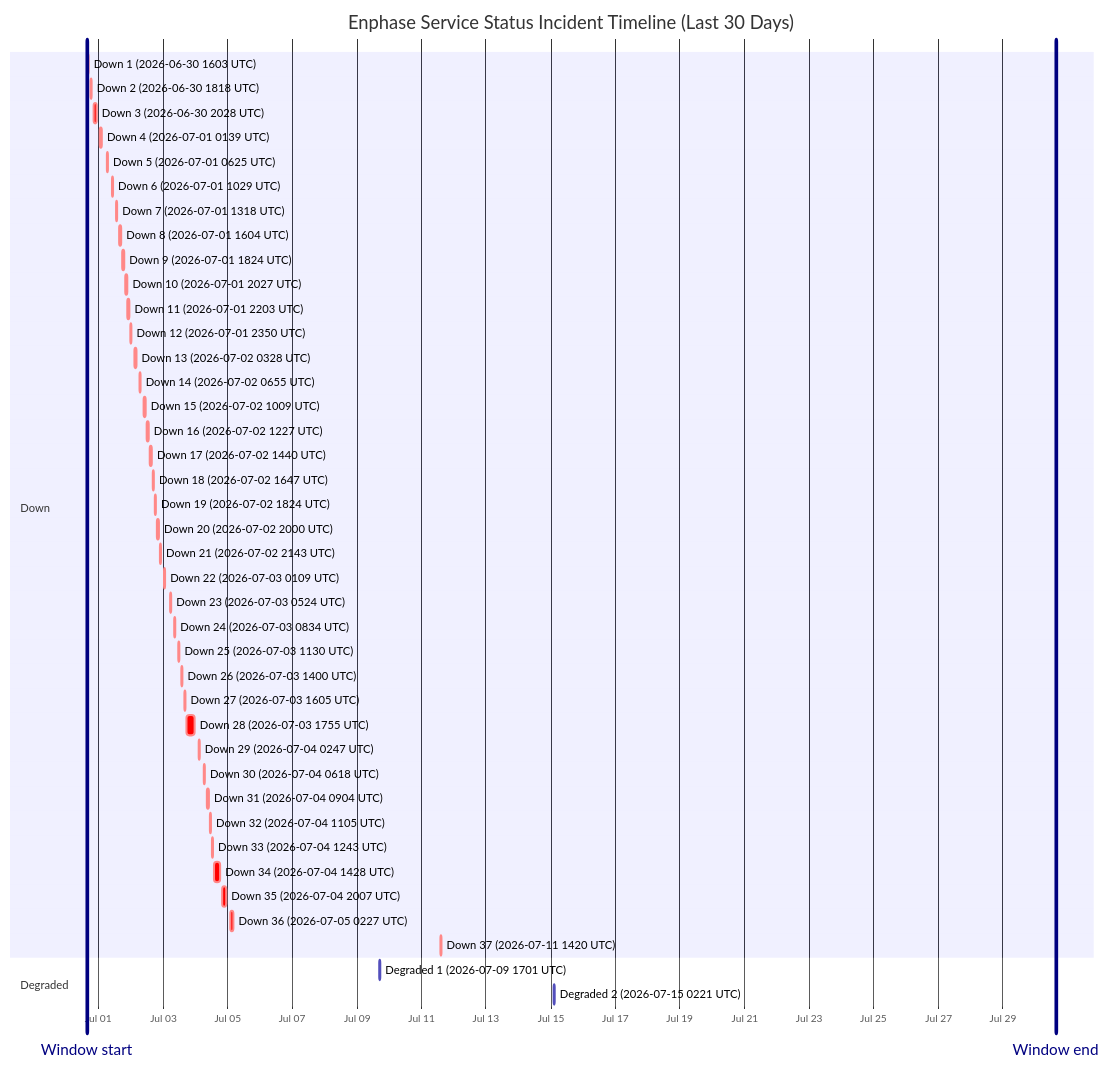
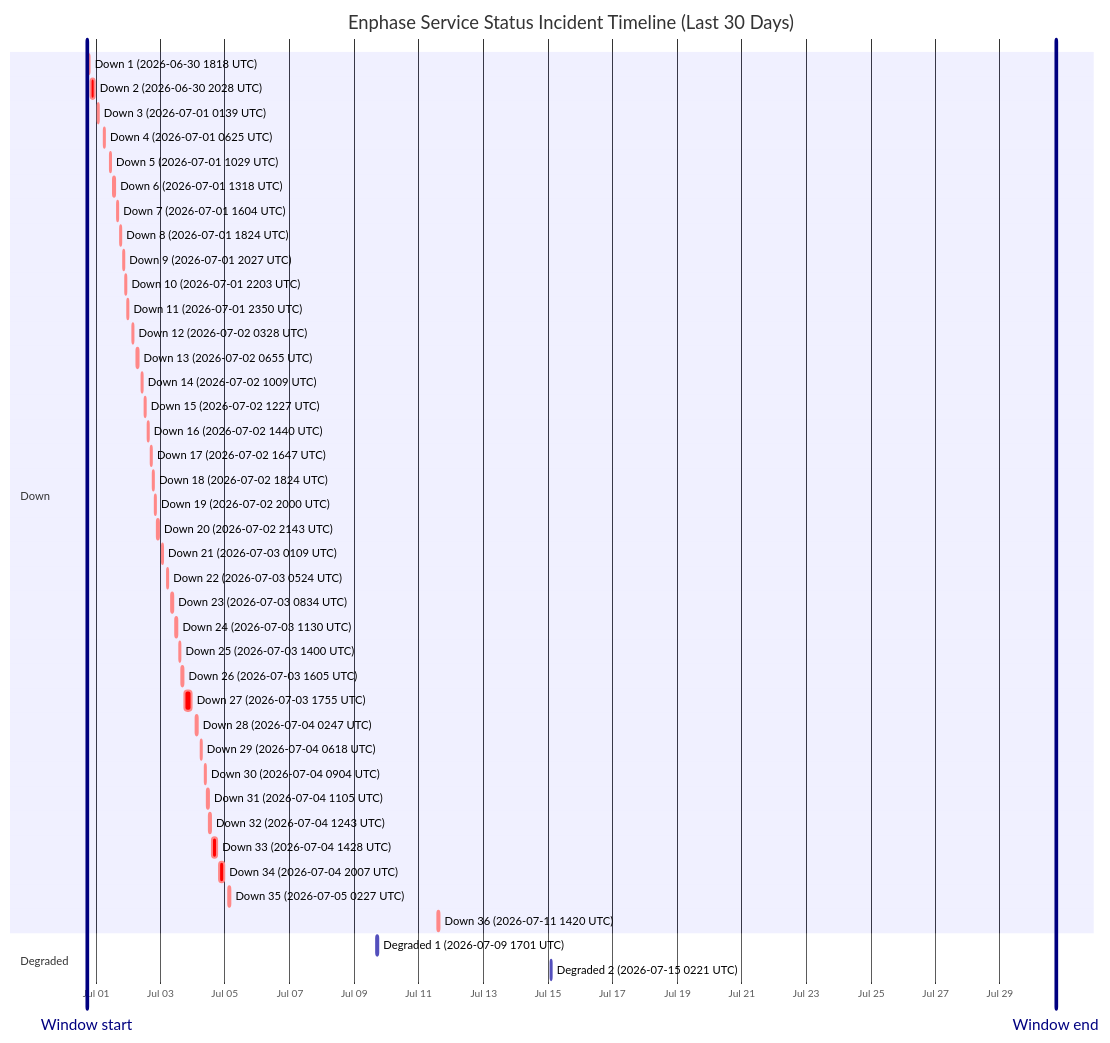
Before and after one commit to barneyonline/ha-enphase-energy: the diagram in wiki/Service-Status-History.md, drawn with Mermaid. The commit also changed other lines of this file and 3 other files, not shown here.

````diff
--- a/wiki/Service-Status-History.md
+++ b/wiki/Service-Status-History.md
@@ -14,49 +14,48 @@
 ```mermaid
 gantt
     title Enphase Service Status Incident Timeline (Last 30 Days)
     dateFormat  YYYY-MM-DDTHH:mm:ss
     axisFormat  %b %d
-    Window start :vert, window-start, 2026-06-30T15:30:13, 0ms
-    Window end :vert, window-end, 2026-07-30T15:30:13, 0ms
+    Window start :vert, window-start, 2026-06-30T17:24:51, 0ms
+    Window end :vert, window-end, 2026-07-30T17:24:51, 0ms
     section Down
-    Down 1 (2026-06-30 1603 UTC) :crit, down-1, 2026-06-30T16:03:26, 60m
-    Down 2 (2026-06-30 1818 UTC) :crit, down-2, 2026-06-30T18:18:39, 60m
-    Down 3 (2026-06-30 2028 UTC) :crit, down-3, 2026-06-30T20:28:54, 171m
-    Down 4 (2026-07-01 0139 UTC) :crit, down-4, 2026-07-01T01:39:18, 60m
-    Down 5 (2026-07-01 0625 UTC) :crit, down-5, 2026-07-01T06:25:35, 60m
-    Down 6 (2026-07-01 1029 UTC) :crit, down-6, 2026-07-01T10:29:24, 60m
-    Down 7 (2026-07-01 1318 UTC) :crit, down-7, 2026-07-01T13:18:31, 60m
-    Down 8 (2026-07-01 1604 UTC) :crit, down-8, 2026-07-01T16:04:29, 60m
-    Down 9 (2026-07-01 1824 UTC) :crit, down-9, 2026-07-01T18:24:21, 60m
-    Down 10 (2026-07-01 2027 UTC) :crit, down-10, 2026-07-01T20:27:17, 60m
-    Down 11 (2026-07-01 2203 UTC) :crit, down-11, 2026-07-01T22:03:46, 60m
-    Down 12 (2026-07-01 2350 UTC) :crit, down-12, 2026-07-01T23:50:52, 60m
-    Down 13 (2026-07-02 0328 UTC) :crit, down-13, 2026-07-02T03:28:33, 60m
-    Down 14 (2026-07-02 0655 UTC) :crit, down-14, 2026-07-02T06:55:07, 60m
-    Down 15 (2026-07-02 1009 UTC) :crit, down-15, 2026-07-02T10:09:15, 60m
-    Down 16 (2026-07-02 1227 UTC) :crit, down-16, 2026-07-02T12:27:49, 60m
-    Down 17 (2026-07-02 1440 UTC) :crit, down-17, 2026-07-02T14:40:53, 60m
-    Down 18 (2026-07-02 1647 UTC) :crit, down-18, 2026-07-02T16:47:47, 60m
-    Down 19 (2026-07-02 1824 UTC) :crit, down-19, 2026-07-02T18:24:26, 60m
-    Down 20 (2026-07-02 2000 UTC) :crit, down-20, 2026-07-02T20:00:57, 60m
-    Down 21 (2026-07-02 2143 UTC) :crit, down-21, 2026-07-02T21:43:52, 80m
-    Down 22 (2026-07-03 0109 UTC) :crit, down-22, 2026-07-03T01:09:19, 60m
-    Down 23 (2026-07-03 0524 UTC) :crit, down-23, 2026-07-03T05:24:23, 60m
-    Down 24 (2026-07-03 0834 UTC) :crit, down-24, 2026-07-03T08:34:05, 60m
-    Down 25 (2026-07-03 1130 UTC) :crit, down-25, 2026-07-03T11:30:41, 60m
-    Down 26 (2026-07-03 1400 UTC) :crit, down-26, 2026-07-03T14:00:48, 60m
-    Down 27 (2026-07-03 1605 UTC) :crit, down-27, 2026-07-03T16:05:49, 60m
-    Down 28 (2026-07-03 1755 UTC) :crit, down-28, 2026-07-03T17:55:54, 338m
-    Down 29 (2026-07-04 0247 UTC) :crit, down-29, 2026-07-04T02:47:22, 60m
-    Down 30 (2026-07-04 0618 UTC) :crit, down-30, 2026-07-04T06:18:09, 60m
-    Down 31 (2026-07-04 0904 UTC) :crit, down-31, 2026-07-04T09:04:41, 60m
-    Down 32 (2026-07-04 1105 UTC) :crit, down-32, 2026-07-04T11:05:21, 60m
-    Down 33 (2026-07-04 1243 UTC) :crit, down-33, 2026-07-04T12:43:25, 60m
-    Down 34 (2026-07-04 1428 UTC) :crit, down-34, 2026-07-04T14:28:07, 243m
-    Down 35 (2026-07-04 2007 UTC) :crit, down-35, 2026-07-04T20:07:50, 206m
-    Down 36 (2026-07-05 0227 UTC) :crit, down-36, 2026-07-05T02:27:32, 109m
-    Down 37 (2026-07-11 1420 UTC) :crit, down-37, 2026-07-11T14:20:54, 69m
+    Down 1 (2026-06-30 1818 UTC) :crit, down-1, 2026-06-30T18:18:39, 60m
+    Down 2 (2026-06-30 2028 UTC) :crit, down-2, 2026-06-30T20:28:54, 171m
+    Down 3 (2026-07-01 0139 UTC) :crit, down-3, 2026-07-01T01:39:18, 60m
+    Down 4 (2026-07-01 0625 UTC) :crit, down-4, 2026-07-01T06:25:35, 60m
+    Down 5 (2026-07-01 1029 UTC) :crit, down-5, 2026-07-01T10:29:24, 60m
+    Down 6 (2026-07-01 1318 UTC) :crit, down-6, 2026-07-01T13:18:31, 60m
+    Down 7 (2026-07-01 1604 UTC) :crit, down-7, 2026-07-01T16:04:29, 60m
+    Down 8 (2026-07-01 1824 UTC) :crit, down-8, 2026-07-01T18:24:21, 60m
+    Down 9 (2026-07-01 2027 UTC) :crit, down-9, 2026-07-01T20:27:17, 60m
+    Down 10 (2026-07-01 2203 UTC) :crit, down-10, 2026-07-01T22:03:46, 60m
+    Down 11 (2026-07-01 2350 UTC) :crit, down-11, 2026-07-01T23:50:52, 60m
+    Down 12 (2026-07-02 0328 UTC) :crit, down-12, 2026-07-02T03:28:33, 60m
+    Down 13 (2026-07-02 0655 UTC) :crit, down-13, 2026-07-02T06:55:07, 60m
+    Down 14 (2026-07-02 1009 UTC) :crit, down-14, 2026-07-02T10:09:15, 60m
+    Down 15 (2026-07-02 1227 UTC) :crit, down-15, 2026-07-02T12:27:49, 60m
+    Down 16 (2026-07-02 1440 UTC) :crit, down-16, 2026-07-02T14:40:53, 60m
+    Down 17 (2026-07-02 1647 UTC) :crit, down-17, 2026-07-02T16:47:47, 60m
+    Down 18 (2026-07-02 1824 UTC) :crit, down-18, 2026-07-02T18:24:26, 60m
+    Down 19 (2026-07-02 2000 UTC) :crit, down-19, 2026-07-02T20:00:57, 60m
+    Down 20 (2026-07-02 2143 UTC) :crit, down-20, 2026-07-02T21:43:52, 80m
+    Down 21 (2026-07-03 0109 UTC) :crit, down-21, 2026-07-03T01:09:19, 60m
+    Down 22 (2026-07-03 0524 UTC) :crit, down-22, 2026-07-03T05:24:23, 60m
+    Down 23 (2026-07-03 0834 UTC) :crit, down-23, 2026-07-03T08:34:05, 60m
+    Down 24 (2026-07-03 1130 UTC) :crit, down-24, 2026-07-03T11:30:41, 60m
+    Down 25 (2026-07-03 1400 UTC) :crit, down-25, 2026-07-03T14:00:48, 60m
+    Down 26 (2026-07-03 1605 UTC) :crit, down-26, 2026-07-03T16:05:49, 60m
+    Down 27 (2026-07-03 1755 UTC) :crit, down-27, 2026-07-03T17:55:54, 338m
+    Down 28 (2026-07-04 0247 UTC) :crit, down-28, 2026-07-04T02:47:22, 60m
+    Down 29 (2026-07-04 0618 UTC) :crit, down-29, 2026-07-04T06:18:09, 60m
+    Down 30 (2026-07-04 0904 UTC) :crit, down-30, 2026-07-04T09:04:41, 60m
+    Down 31 (2026-07-04 1105 UTC) :crit, down-31, 2026-07-04T11:05:21, 60m
+    Down 32 (2026-07-04 1243 UTC) :crit, down-32, 2026-07-04T12:43:25, 60m
+    Down 33 (2026-07-04 1428 UTC) :crit, down-33, 2026-07-04T14:28:07, 243m
+    Down 34 (2026-07-04 2007 UTC) :crit, down-34, 2026-07-04T20:07:50, 206m
+    Down 35 (2026-07-05 0227 UTC) :crit, down-35, 2026-07-05T02:27:32, 109m
+    Down 36 (2026-07-11 1420 UTC) :crit, down-36, 2026-07-11T14:20:54, 69m
     section Degraded
     Degraded 1 (2026-07-09 1701 UTC) :active, degraded-1, 2026-07-09T17:01:02, 60m
     Degraded 2 (2026-07-15 0221 UTC) :active, degraded-2, 2026-07-15T02:21:35, 60m
 ```
````
